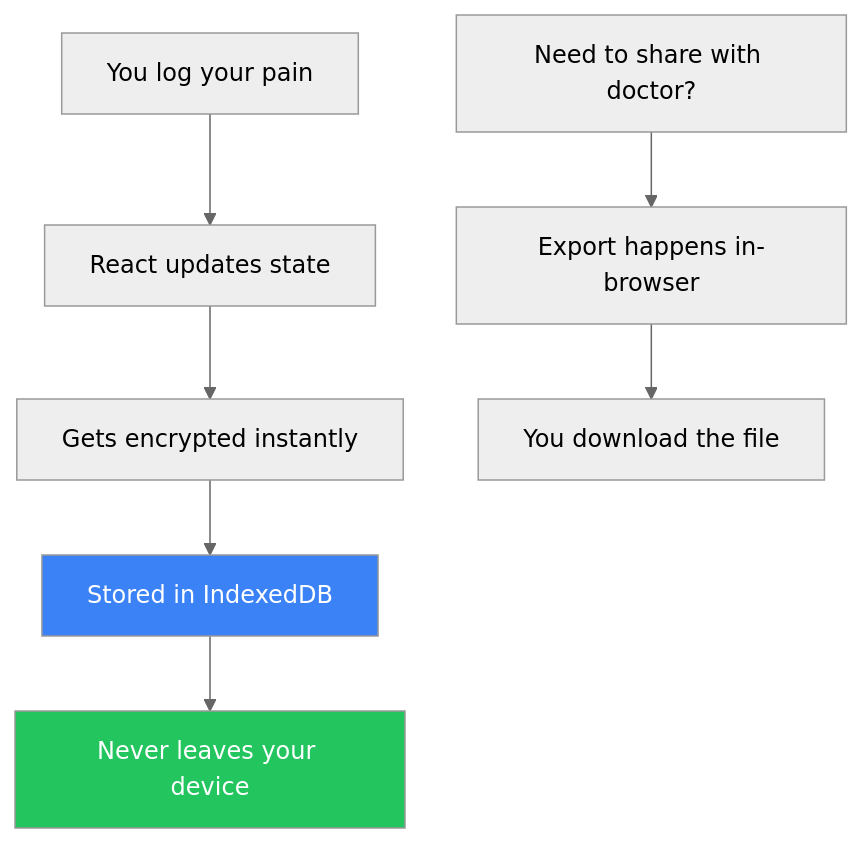
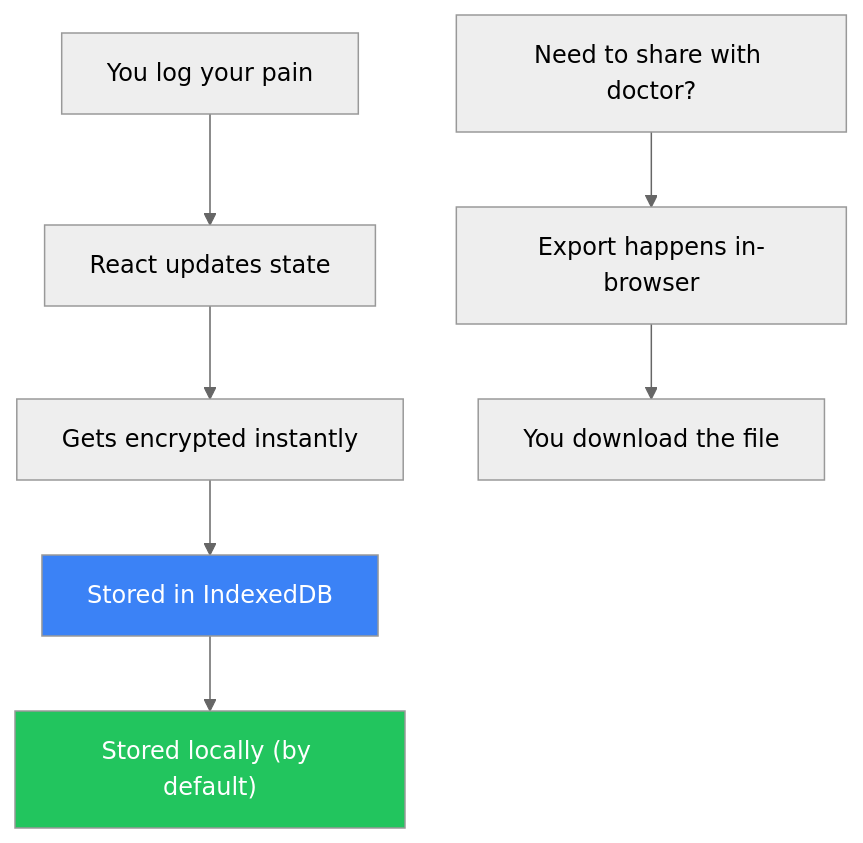
One commit to CrisisCore-Systems/pain-tracker changed the diagram in docs/archive/root-drafts/cmimpjtgb000302l5dzzt4p59.md. Above: the diagram before and after it, drawn with Mermaid (neutral theme). The commit also changed other lines of this file and 131 other files, not shown here.

````diff
--- a/docs/archive/root-drafts/cmimpjtgb000302l5dzzt4p59.md
+++ b/docs/archive/root-drafts/cmimpjtgb000302l5dzzt4p59.md
@@ -65,13 +65,13 @@
 ```mermaid
 graph TD
     A["You log your pain"] --> B["React updates state"]
     B --> C["Gets encrypted instantly"]
     C --> D["Stored in IndexedDB"]
-    D --> E["Never leaves your device"]
+    D --> E["Stored locally (by default)"]
     
     F["Need to share with doctor?"] --> G["Export happens in-browser"]
     G --> H["You download the file"]
     
     style E fill:#22c55e,color:#fff
     style D fill:#3b82f6,color:#fff
 ```
````
